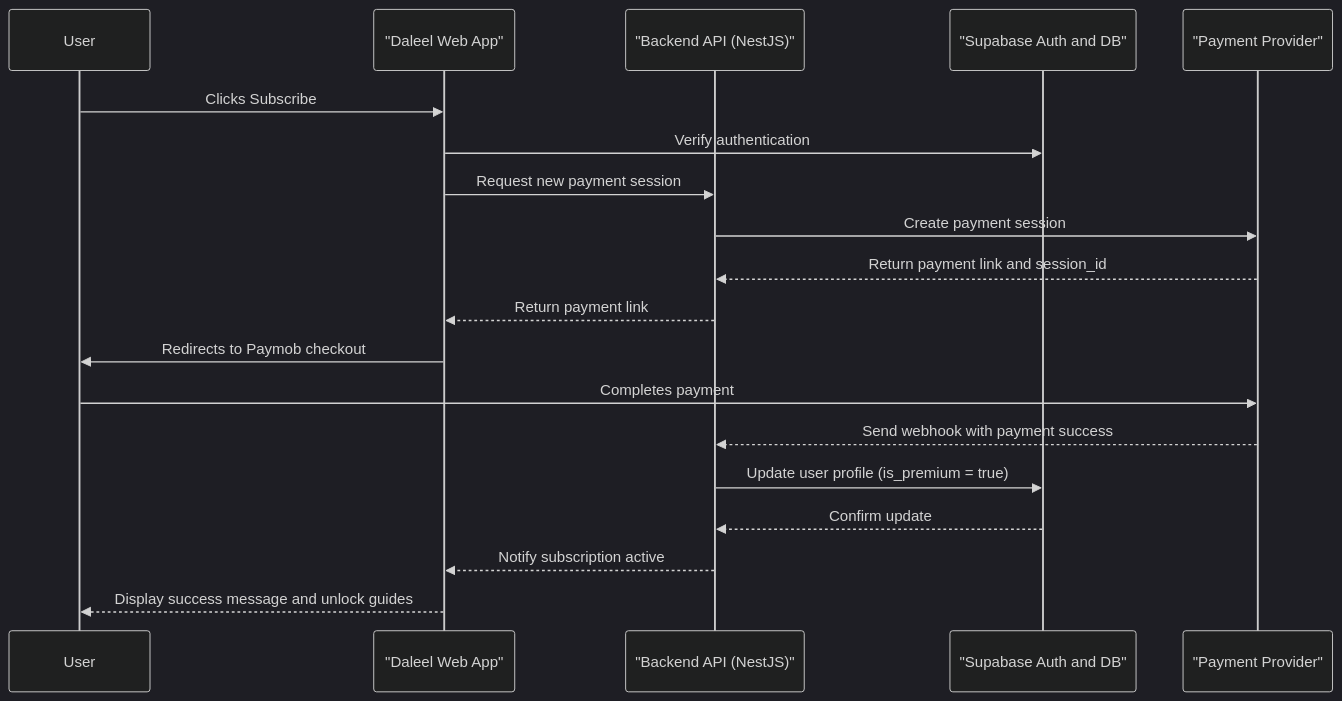
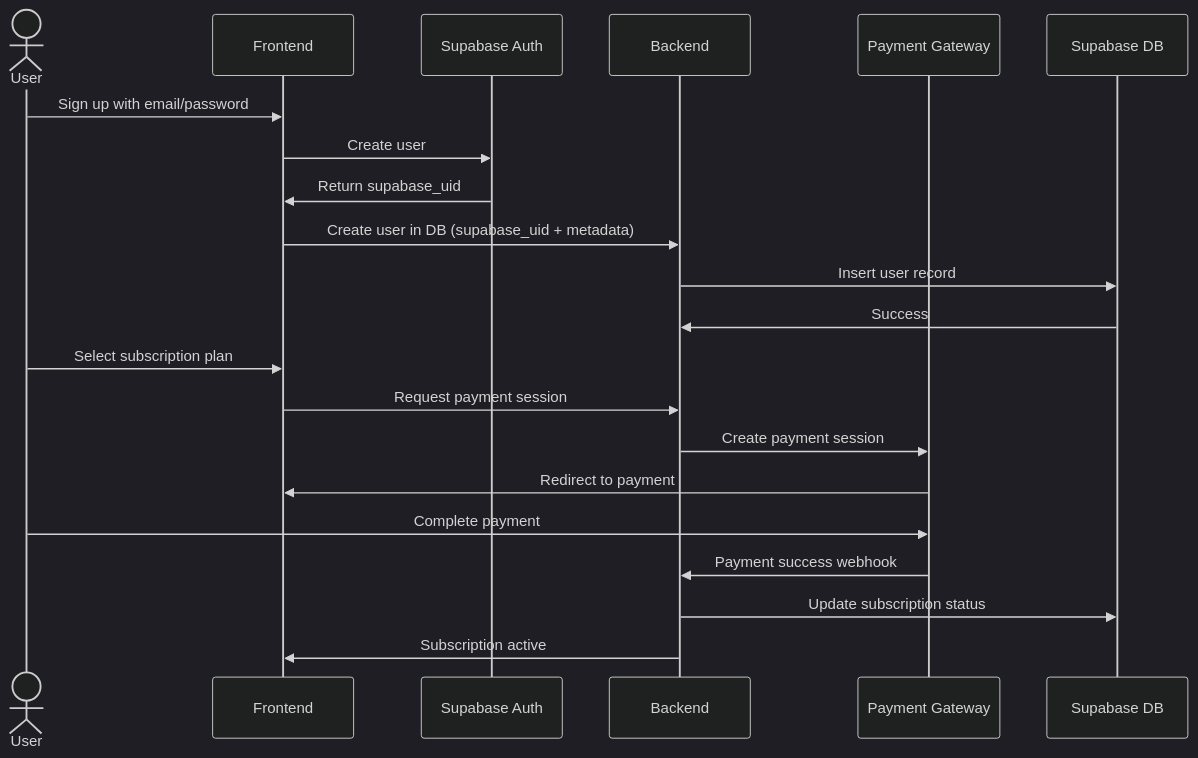
One commit to itsali10/daleel changed the second of 5 diagrams in README.md. Above: the diagram before and after it, drawn with Mermaid (dark theme).

Commit message:
Added Sequence Diagram: Subscription Flow

````diff
--- a/README.md
+++ b/README.md
@@ -127,22 +127,28 @@
 ```mermaid
 sequenceDiagram
-    participant User
-    participant WebApp as "Daleel Web App"
-    participant Backend as "Backend API (NestJS)"
-    participant Supabase as "Supabase Auth and DB"
-    participant Paymob as "Payment Provider"
+    actor User
+    participant FE as Frontend
+    participant Auth as Supabase Auth
+    participant BE as Backend
+    participant Pay as Payment Gateway
+    participant DB as Supabase DB
 
-    User->>WebApp: Clicks Subscribe
-    WebApp->>Supabase: Verify authentication
-    WebApp->>Backend: Request new payment session
-    Backend->>Paymob: Create payment session
-    Paymob-->>Backend: Return payment link and session_id
-    Backend-->>WebApp: Return payment link
-    WebApp->>User: Redirects to Paymob checkout
-    User->>Paymob: Completes payment
-    Paymob-->>Backend: Send webhook with payment success
-    Backend->>Supabase: Update user profile (is_premium = true)
-    Supabase-->>Backend: Confirm update
-    Backend-->>WebApp: Notify subscription active
-    WebApp-->>User: Display success message and unlock guides
+    User ->> FE: Sign up with email/password
+    FE ->> Auth: Create user
+    Auth ->> FE: Return supabase_uid
+
+    FE ->> BE: Create user in DB (supabase_uid + metadata)
+    BE ->> DB: Insert user record
+    DB ->> BE: Success
+
+    User ->> FE: Select subscription plan
+    FE ->> BE: Request payment session
+    BE ->> Pay: Create payment session
+    Pay ->> FE: Redirect to payment
+
+    User ->> Pay: Complete payment
+    Pay ->> BE: Payment success webhook
+    BE ->> DB: Update subscription status
+    BE ->> FE: Subscription active
+
 ```
````
